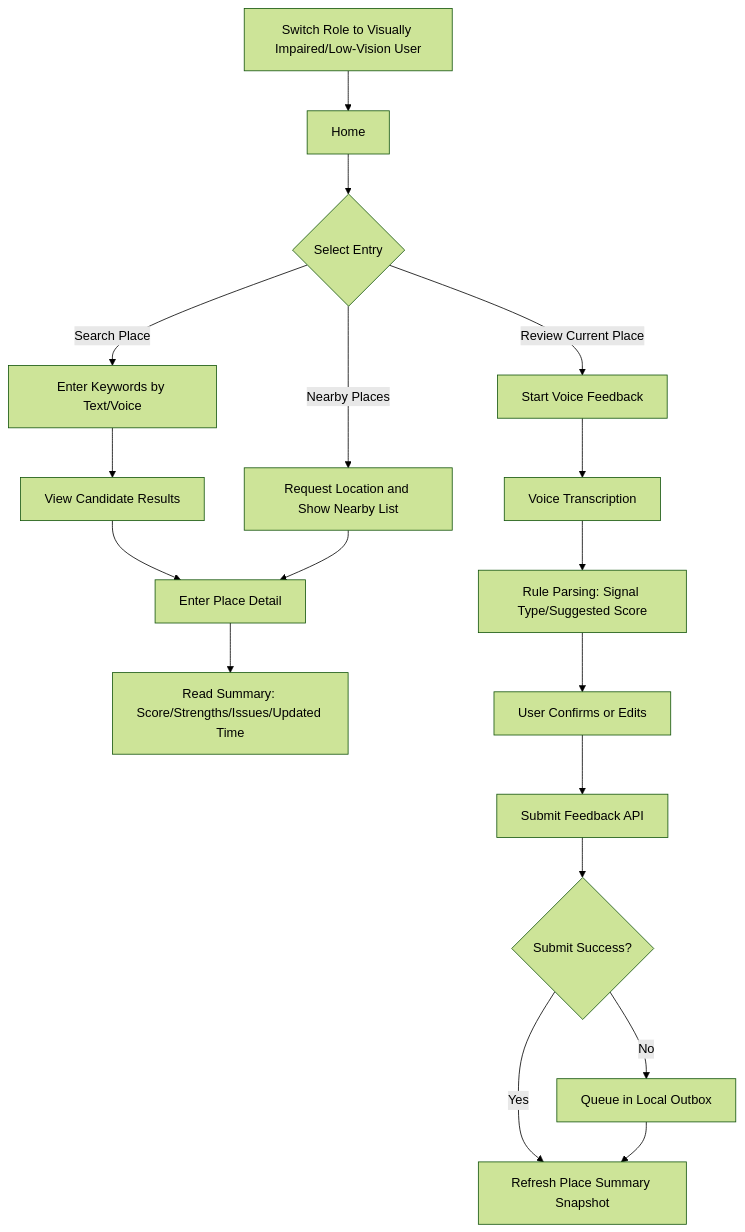
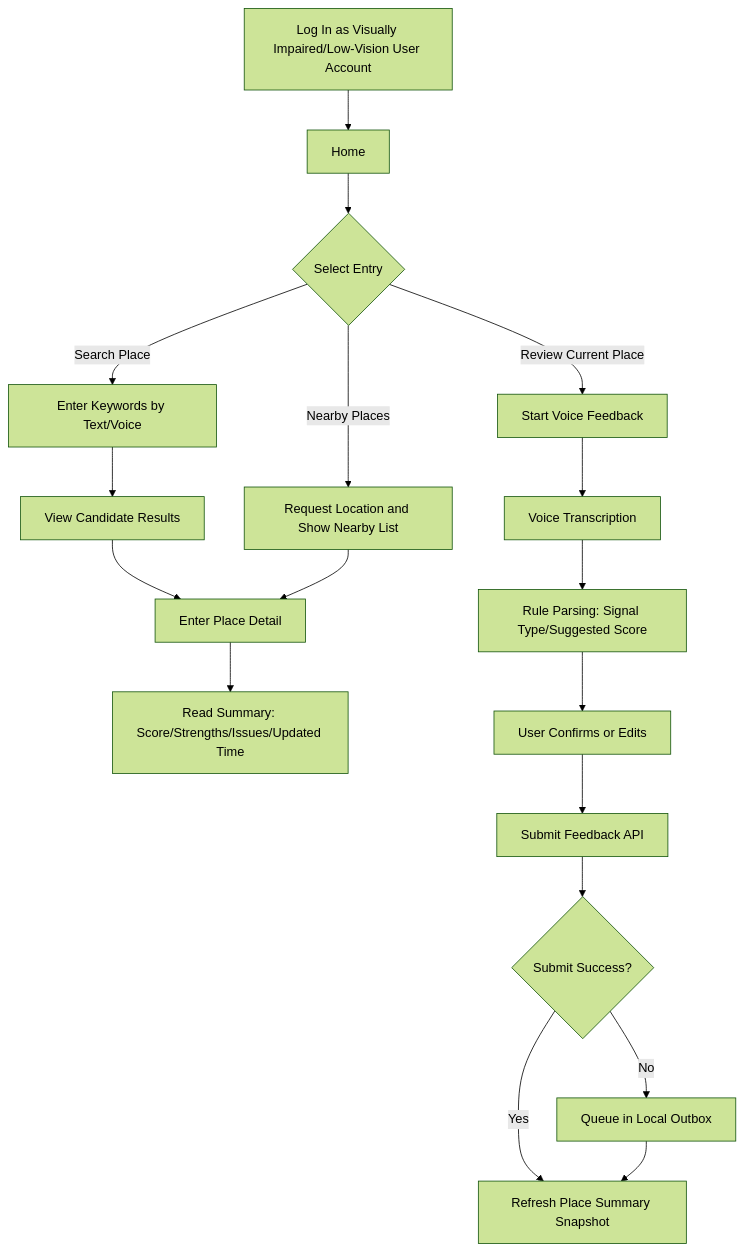
The second of 4 diagrams in Luma_Role Features & Workflow Diagram.md (angelyng09/Luma), drawn with Mermaid (forest theme) before and after one commit. The commit also changed other lines of this file and 2 other files, not shown here.

````diff
--- a/Luma_Role Features & Workflow Diagram.md
+++ b/Luma_Role Features & Workflow Diagram.md
@@ -58,22 +58,22 @@
 ```mermaid
 flowchart TD
-    A[Switch Role to Visually Impaired/Low-Vision User] --> B[Home]
+    A[Log In as Visually Impaired/Low-Vision User Account] --> B[Home]
     B --> C{Select Entry}
     C -- Search Place --> D[Enter Keywords by Text/Voice]
     C -- Nearby Places --> E[Request Location and Show Nearby List]
     C -- Review Current Place --> F[Start Voice Feedback]
 
     D --> G[View Candidate Results]
     G --> H[Enter Place Detail]
     E --> H
     H --> I[Read Summary: Score/Strengths/Issues/Updated Time]
 
     F --> J[Voice Transcription]
     J --> K[Rule Parsing: Signal Type/Suggested Score]
     K --> L[User Confirms or Edits]
     L --> M[Submit Feedback API]
     M --> N{Submit Success?}
     N -- Yes --> O[Refresh Place Summary Snapshot]
     N -- No --> P[Queue in Local Outbox]
     P --> O
 ```
````
